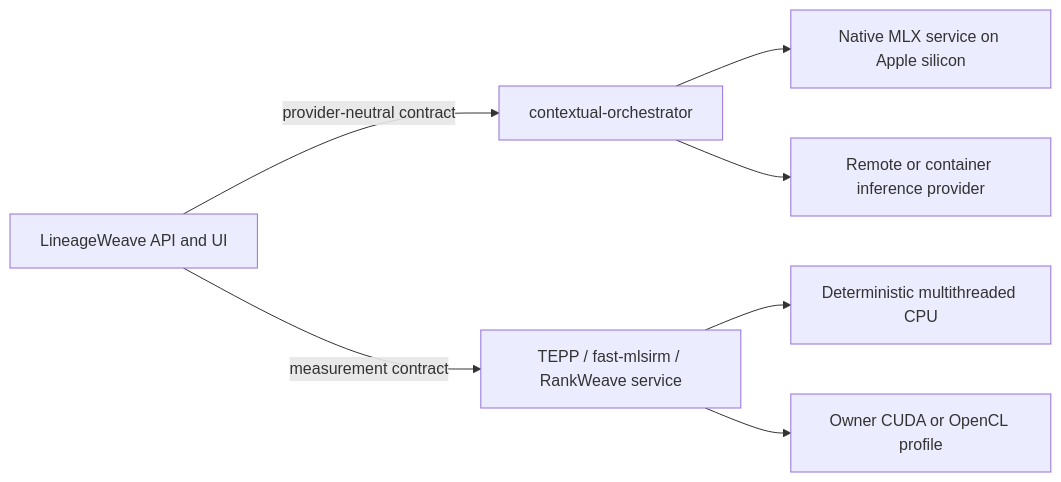
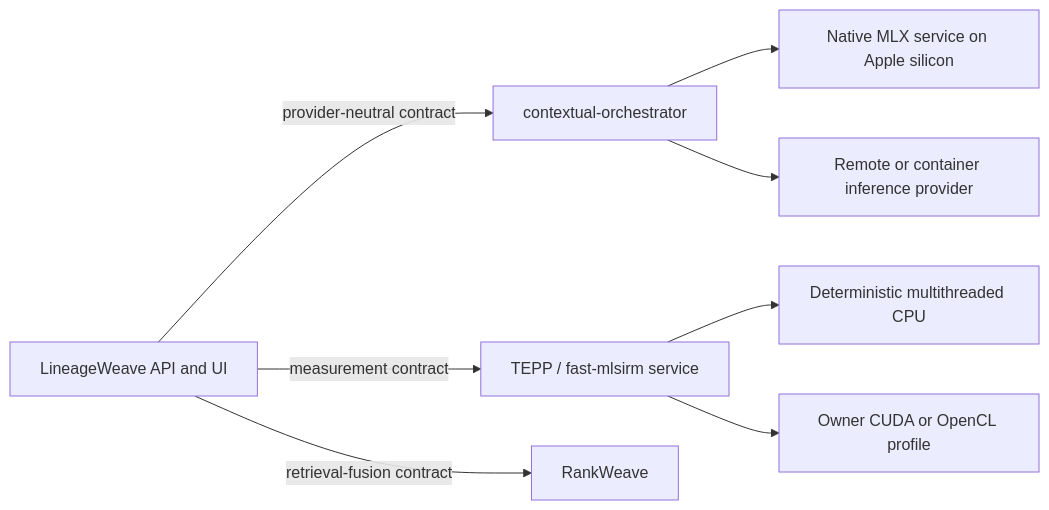
The diagram in docs/adr/0237-accelerator-runtime-service-boundary.md (ContextualWisdomLab/LineageWeave), drawn with Mermaid before and after one commit. The commit also changed other lines of this file and 2 other files, not shown here.

Commit message:
docs(architecture): correct RankWeave runtime ownership

````diff
--- a/docs/adr/0237-accelerator-runtime-service-boundary.md
+++ b/docs/adr/0237-accelerator-runtime-service-boundary.md
@@ -48,9 +51,10 @@
 ```mermaid
 flowchart LR
     LW[LineageWeave API and UI] -->|provider-neutral contract| CO[contextual-orchestrator]
-    LW -->|measurement contract| M[TEPP / fast-mlsirm / RankWeave service]
+    LW -->|measurement contract| M[TEPP / fast-mlsirm service]
+    LW -->|retrieval-fusion contract| R[RankWeave]
     CO --> N[Native MLX service on Apple silicon]
     CO --> P[Remote or container inference provider]
     M --> C[Deterministic multithreaded CPU]
     M --> G[Owner CUDA or OpenCL profile]
 ```
````
